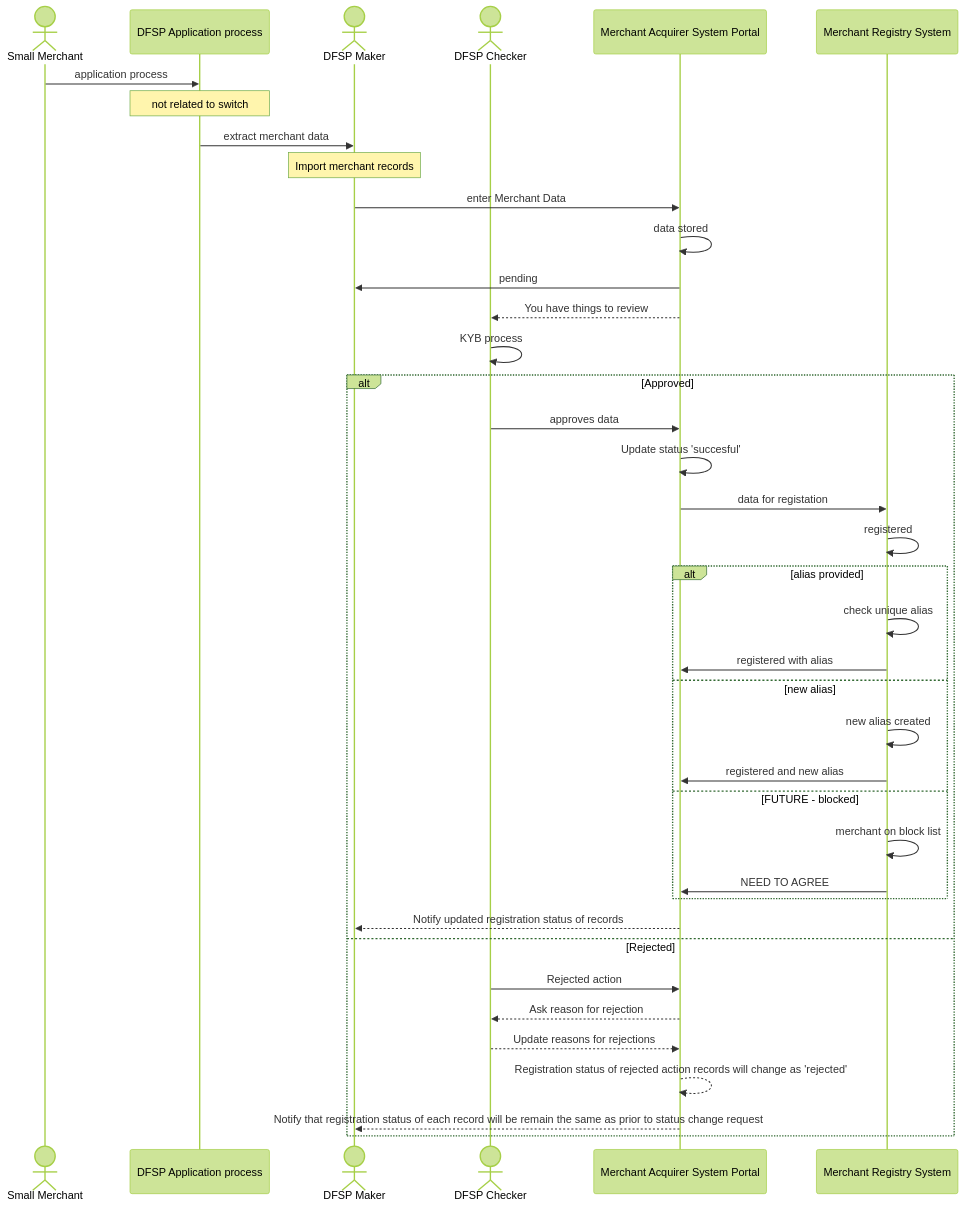
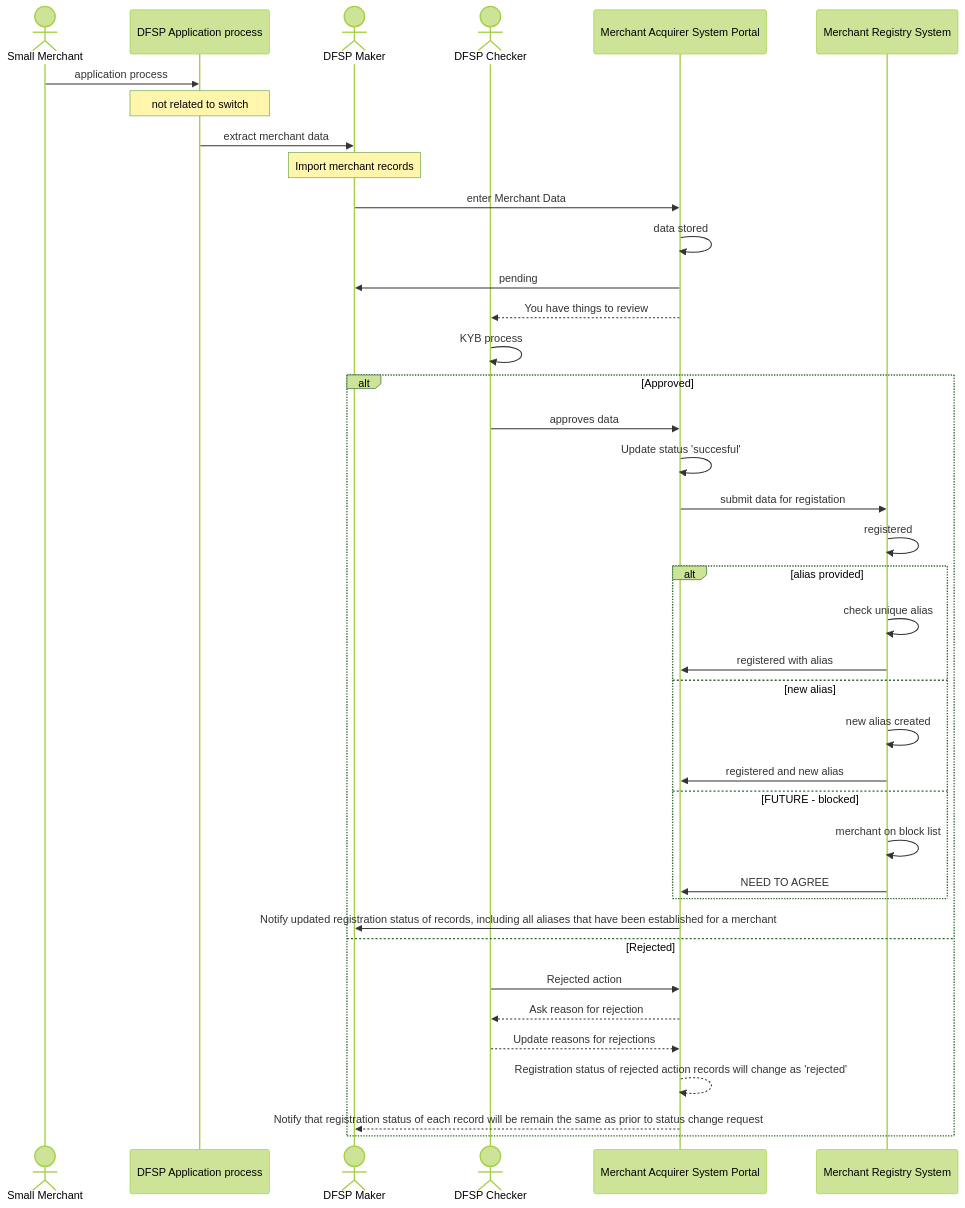
The second of 2 diagrams in DFSP merchant onboard Sequence Diagram.md (mojaloop/merchant-payment-docs), drawn with Mermaid (forest theme) before and after one commit. The commit also changed other lines of this file, not shown here.

````diff
--- a/DFSP merchant onboard Sequence Diagram.md
+++ b/DFSP merchant onboard Sequence Diagram.md
@@ -35,54 +37,54 @@
 ```mermaid
 
 sequenceDiagram
     actor merc as Small Merchant
     participant dfspapp as DFSP Application process
     actor DFSPMake as DFSP Maker
     actor DFSPCheck as DFSP Checker
     participant macq as Merchant Acquirer System Portal
     participant oracle as Merchant Registry System
 
     merc ->> dfspapp: application process 
     
     Note over dfspapp: not related to switch
 
     dfspapp ->> DFSPMake: extract merchant data
 
     Note over DFSPMake: Import merchant records
 
     DFSPMake ->> macq: enter Merchant Data
 
     macq ->> macq: data stored
     macq->>DFSPMake: pending
 
     macq-->>DFSPCheck: You have things to review
 
     DFSPCheck->>DFSPCheck: KYB process
 
     alt Approved
         DFSPCheck->>macq: approves data
         macq ->> macq: Update status 'succesful'
-        macq->>oracle: data for registation
+        macq->>oracle: submit data for registation
 
         oracle->>oracle: registered
         alt alias provided
             oracle->>oracle: check unique alias
             oracle->>macq: registered with alias
         else new alias
             oracle->>oracle: new alias created
             oracle->>macq: registered and new alias
         else FUTURE - blocked
             oracle->>oracle: merchant on block list
             oracle->>macq: NEED TO AGREE
         end
 
-        macq -->> DFSPMake: Notify updated registration status of records
+        macq ->> DFSPMake: Notify updated registration status of records, including all aliases that have been established for a merchant
     else Rejected
         DFSPCheck->>macq: Rejected action
         macq -->>DFSPCheck: Ask reason for rejection
         DFSPCheck -->> macq: Update reasons for rejections
         macq -->> macq: Registration status of rejected action records will change as 'rejected'
         macq -->> DFSPMake: Notify that registration status of each record will be remain the same as prior to status change request    
     end
     
 ```
````
